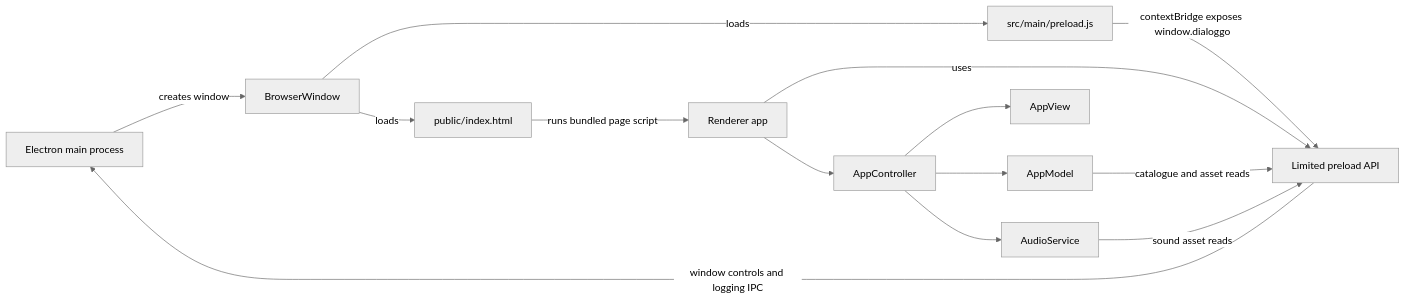
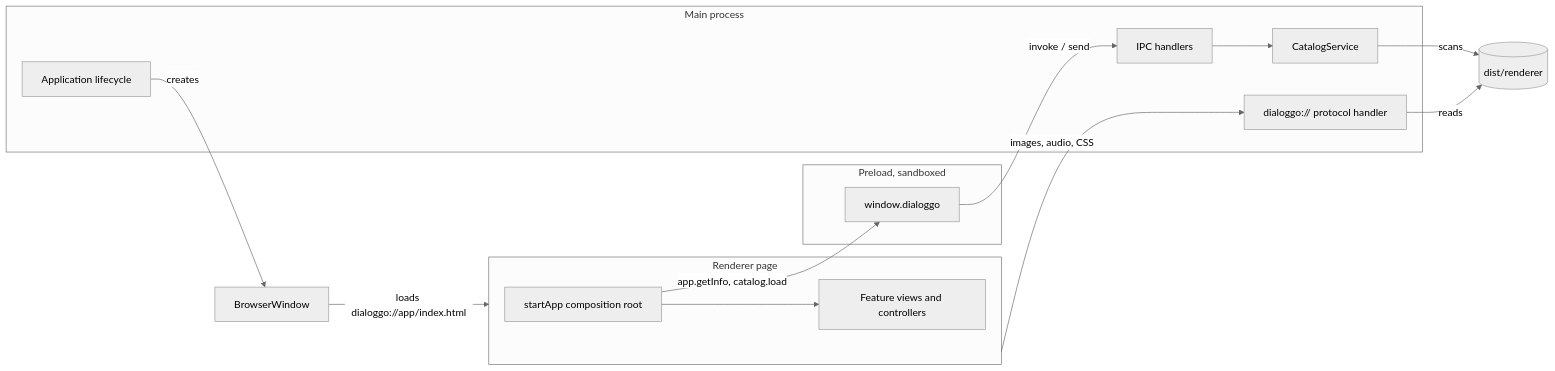
One commit to ponkis/dialoggo changed the diagram in docs/ARCHITECTURE.md. Above: the diagram before and after it, drawn with Mermaid (neutral theme). The commit also changed other lines of this file and 119 other files, not shown here.

First line of the commit message:
Refactor app architecture and add release workflows

````diff
--- a/docs/ARCHITECTURE.md
+++ b/docs/ARCHITECTURE.md
@@ -7,16 +7,26 @@
 ```mermaid
 flowchart LR
-  Main[Electron main process] -->|creates window| Window[BrowserWindow]
-  Window -->|loads| Shell[public/index.html]
-  Window -->|loads| Preload[src/main/preload.js]
-  Shell -->|runs bundled page script| UI[Renderer app]
-  Preload -->|contextBridge exposes window.dialoggo| Bridge[Limited preload API]
-  UI -->|uses| Bridge
-  UI --> Controller[AppController]
-  Controller --> Model[AppModel]
-  Controller --> View[AppView]
-  Controller --> Audio[AudioService]
-  Model -->|catalogue and asset reads| Bridge
-  Audio -->|sound asset reads| Bridge
-  Bridge -->|window controls and logging IPC| Main
+  subgraph Main[Main process]
+    App[Application lifecycle]
+    Protocol[dialoggo:// protocol handler]
+    Catalog[CatalogService]
+    IPC[IPC handlers]
+  end
+  subgraph Preload[Preload, sandboxed]
+    Bridge[window.dialoggo]
+  end
+  subgraph Renderer[Renderer page]
+    Root[startApp composition root]
+    Features[Feature views and controllers]
+  end
+
+  App -->|creates| Window[BrowserWindow]
+  Window -->|loads dialoggo://app/index.html| Renderer
+  Renderer -->|images, audio, CSS| Protocol
+  Protocol -->|reads| Files[(dist/renderer)]
+  Root -->|app.getInfo, catalog.load| Bridge
+  Bridge -->|invoke / send| IPC
+  IPC --> Catalog
+  Catalog -->|scans| Files
+  Root --> Features
 ```
````
